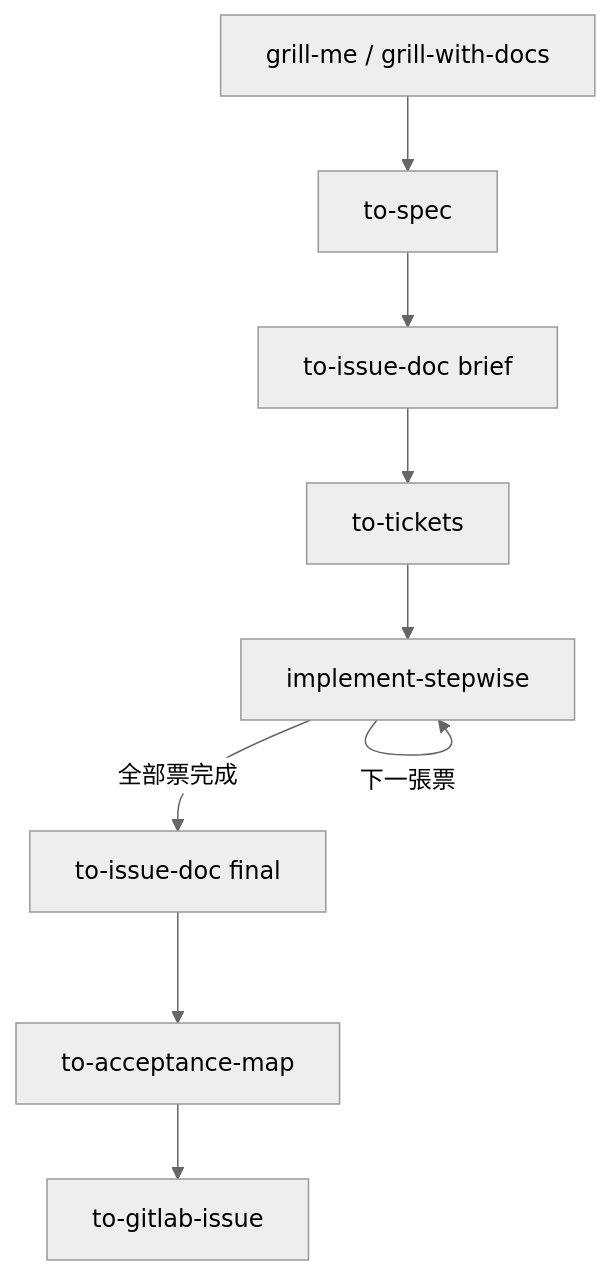
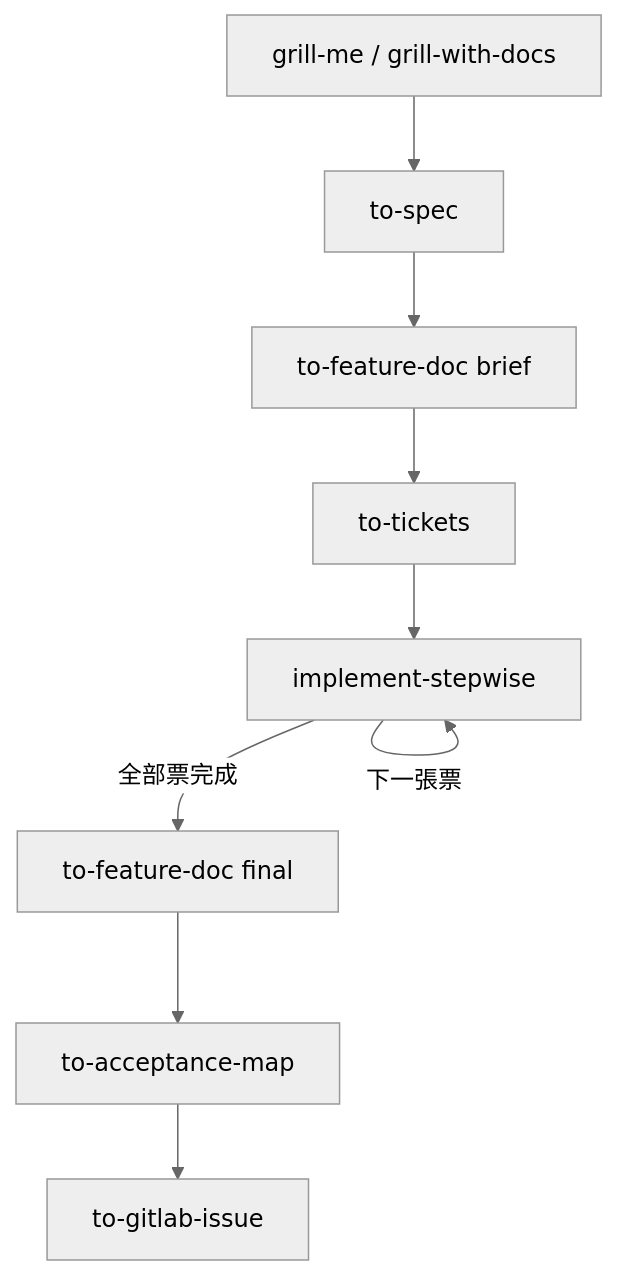
One commit to Hon-Lu/support-matt changed the first of 5 diagrams in README.md. Above: the diagram before and after it, drawn with Mermaid (neutral theme). The commit also changed other lines of this file and 28 other files, not shown here.

````diff
--- a/README.md
+++ b/README.md
@@ -42,11 +41,11 @@
 ```mermaid
 flowchart TD
     A["grill-me / grill-with-docs"] --> B["to-spec"]
-    B --> C["to-issue-doc brief"]
+    B --> C["to-feature-doc brief"]
     C --> E["to-tickets"]
     E --> F["implement-stepwise"]
     F -->|下一張票| F
-    F -->|全部票完成| G["to-issue-doc final"]
+    F -->|全部票完成| G["to-feature-doc final"]
     G --> H["to-acceptance-map"]
     H --> I["to-gitlab-issue"]
 ```
````
